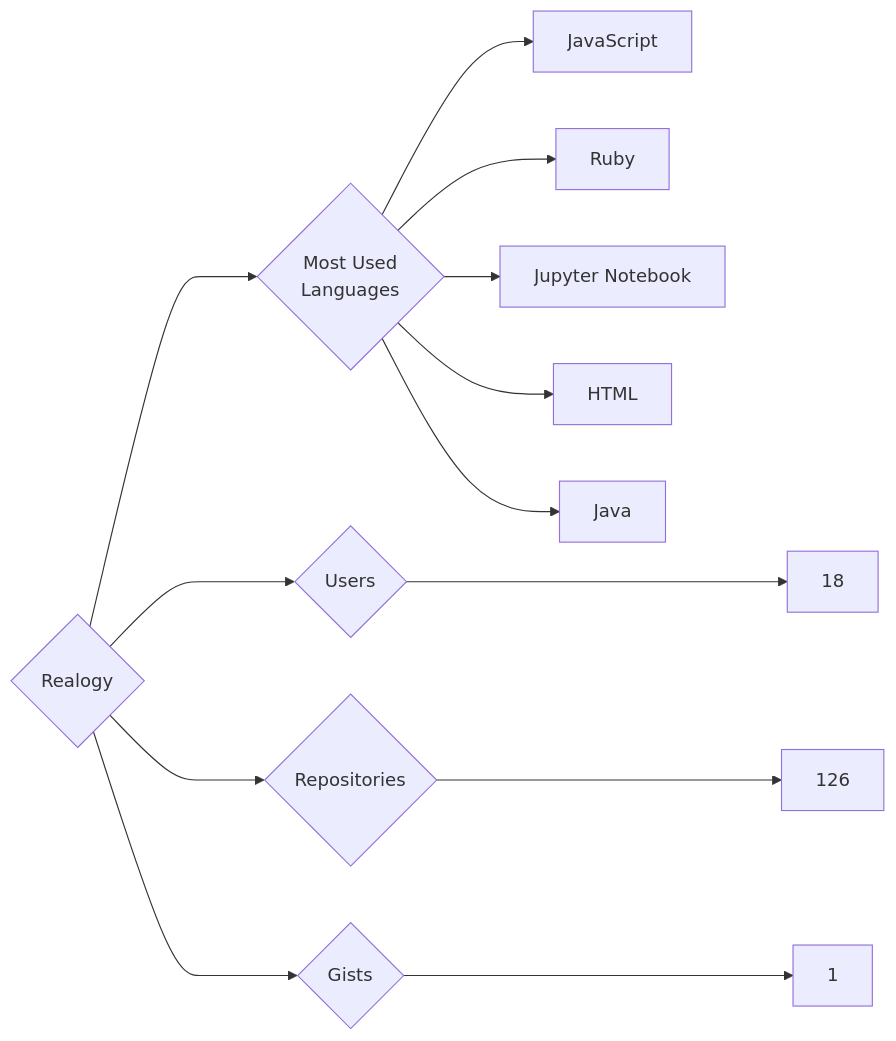
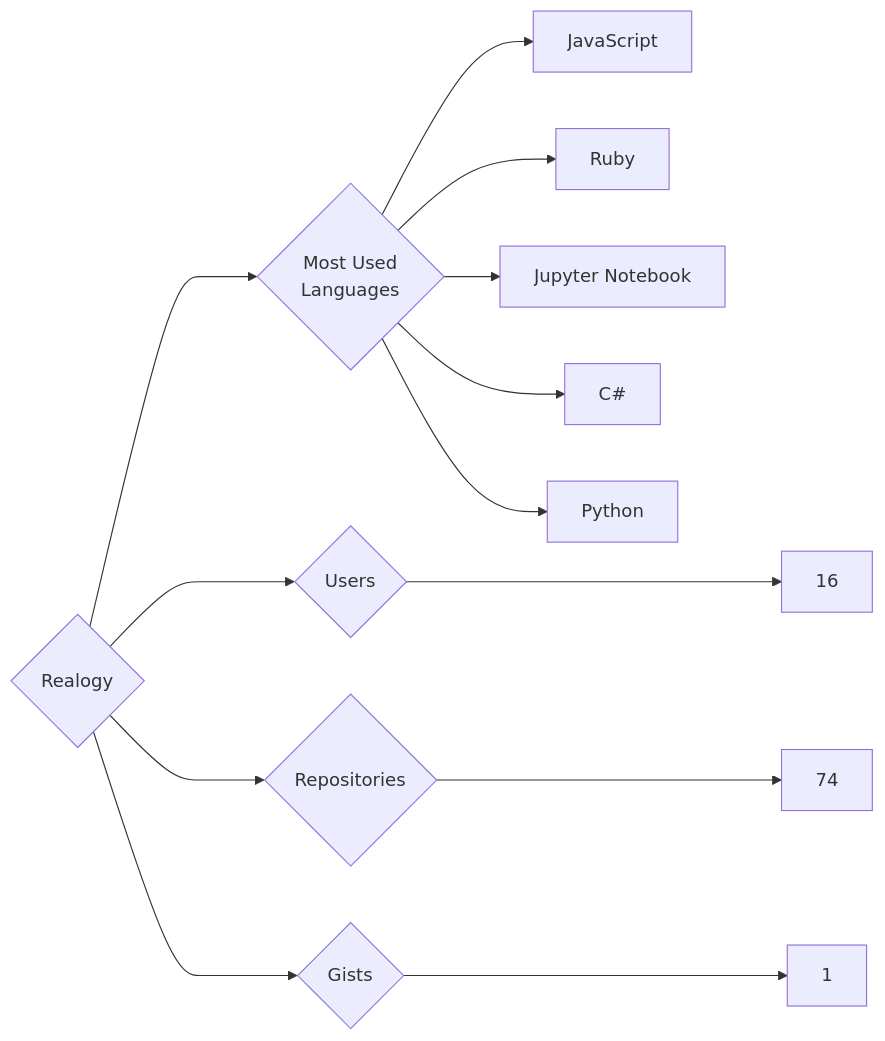
One commit to trickest/insiders changed the diagram in targets/Realogy/README.md. Above: the diagram before and after it, drawn with Mermaid. The commit also changed 860 other files, not shown here.

````diff
--- a/targets/Realogy/README.md
+++ b/targets/Realogy/README.md
@@ -3,13 +3,13 @@
 ```mermaid
 graph LR
 COMPANY_NAME{Realogy}
-COMPANY_NAME ---> U{Users} ---> UN[18]
-COMPANY_NAME ---> R{Repositories} ---> RN[126]
+COMPANY_NAME ---> U{Users} ---> UN[16]
+COMPANY_NAME ---> R{Repositories} ---> RN[74]
 COMPANY_NAME ---> G{Gists} ---> GN[1]
 COMPANY_NAME ---> ML{Most Used<br>Languages}
 ML --> JavaScript[JavaScript]
 ML --> Ruby[Ruby]
 ML --> Jupyter_Notebook[Jupyter Notebook]
-ML --> HTML[HTML]
-ML --> Java[Java]
+ML --> C#[C#]
+ML --> Python[Python]
 ```
````
